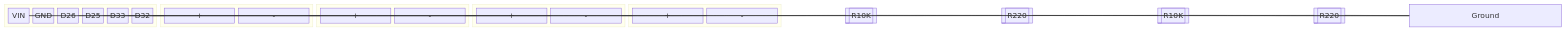
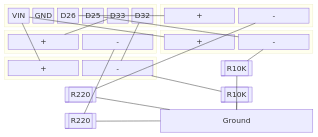
The first of 2 diagrams in TwoButtonInput/README.md (ddwheele/esp32-home-projects), drawn with Mermaid before and after one commit.

Commit message:
iterating

````diff
--- a/TwoButtonInput/README.md
+++ b/TwoButtonInput/README.md
@@ -8,61 +8,62 @@
 ```mermaid
 ---
 title: Block Circuit Diagram
 ---
 block-beta
+columns 2
 block:ESP32
 	VIN
 	GND
 	D26
 	D25
 	D33
 	D32
 end
 
 block:LED1
 	columns 2
 	LED1:2
 	L1plus["+"] L1minus["-"]
 end
 
 block:LED2
 columns 2
 	LED2:2
 	L2plus["+"] L2minus["-"]
 end
 
 block:Button1
 columns 2
 	Button1:2
 	B1plus["+"] B1minus["-"]
 end
 
 block:Button2
 columns 2
 	Button2:2
 	B2plus["+"] B2minus["-"]
 end
 
 R1_10K[["R10K"]]
 R1_220[["R220"]]
 R2_10K[["R10K"]]
 R2_220[["R220"]]
 
 
 VIN --- B1plus
 B1minus --- R1_10K 
 R1_10K --- Ground
 B1minus --- D25
 D26 --- L1plus
 L1minus --- R1_220
 R1_220 --- Ground
 
 VIN --- B2plus
 B2minus --- R2_10K
 R2_10K --- Ground
 B2minus --- D32
 D33 --- L2plus
 L2minus --- R2_220
 R2_220 --- Ground
 
 ```
````
